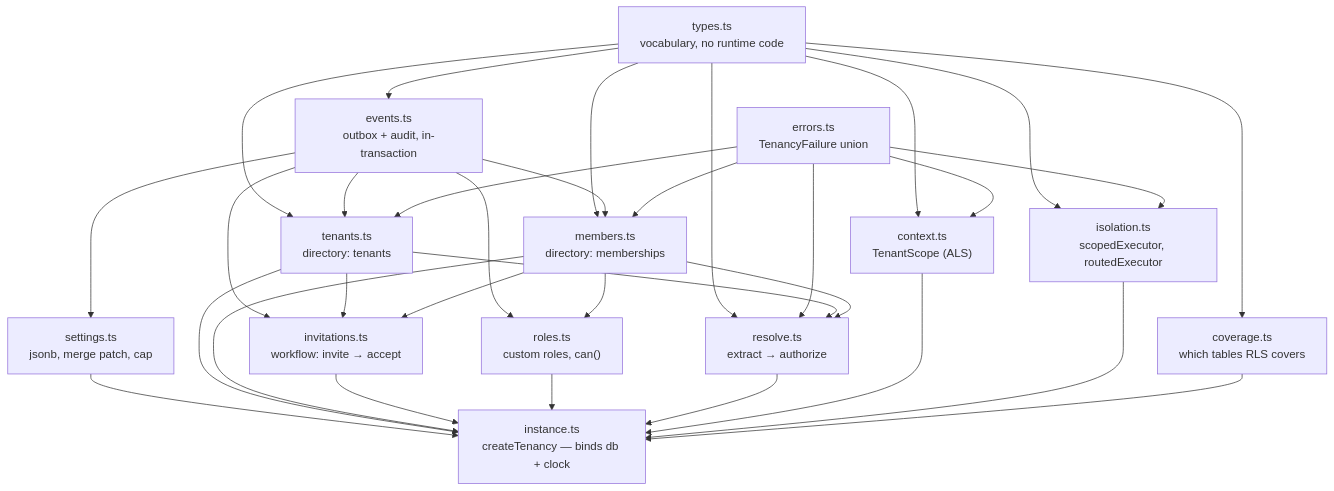
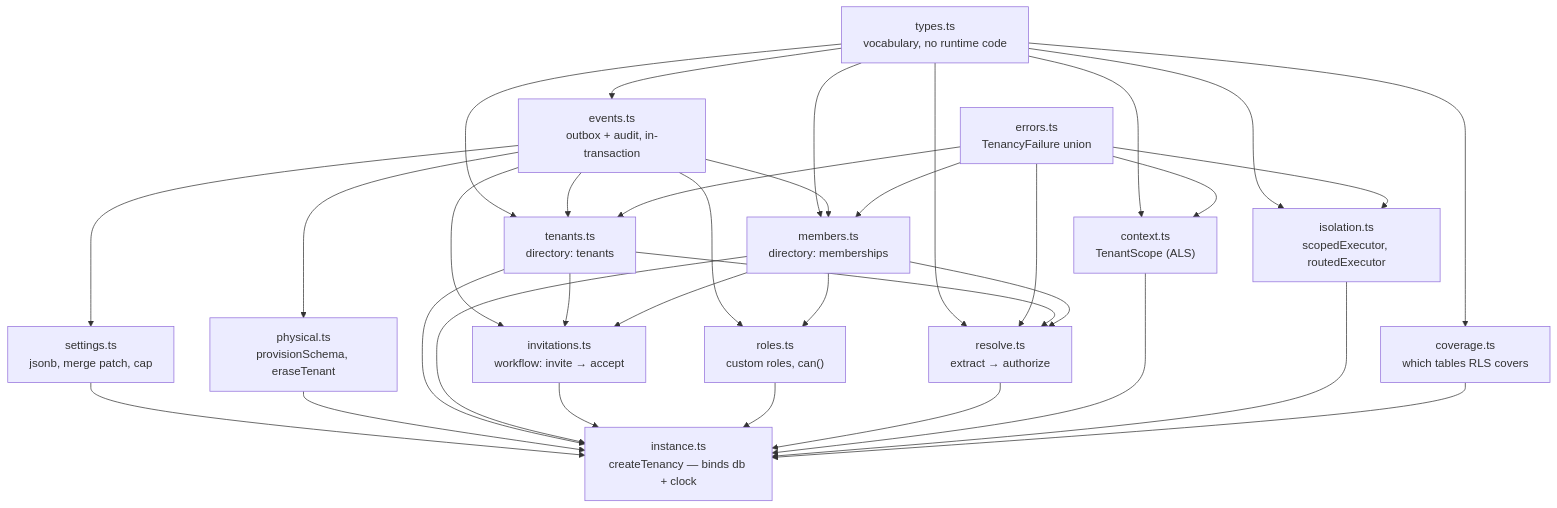
Before and after one commit to QuxKit/tenant-kit: the diagram in docs/ARCHITECTURE.md, drawn with Mermaid. The commit also changed 11 other files, not shown here.

First line of the commit message:
feat: physical isolation helpers — provisionSchema and eraseTenant

````diff
--- a/docs/ARCHITECTURE.md
+++ b/docs/ARCHITECTURE.md
@@ -9,26 +9,28 @@
 ```mermaid
 flowchart TD
     types["types.ts<br/>vocabulary, no runtime code"]
     errors["errors.ts<br/>TenancyFailure union"]
     tenants["tenants.ts<br/>directory: tenants"]
     members["members.ts<br/>directory: memberships"]
     invitations["invitations.ts<br/>workflow: invite → accept"]
     roles["roles.ts<br/>custom roles, can()"]
     resolve["resolve.ts<br/>extract → authorize"]
     context["context.ts<br/>TenantScope (ALS)"]
     isolation["isolation.ts<br/>scopedExecutor, routedExecutor"]
     coverage["coverage.ts<br/>which tables RLS covers"]
     events["events.ts<br/>outbox + audit, in-transaction"]
     settings["settings.ts<br/>jsonb, merge patch, cap"]
+    physical["physical.ts<br/>provisionSchema, eraseTenant"]
     instance["instance.ts<br/>createTenancy — binds db + clock"]
 
     types --> tenants & members & resolve & context & isolation & coverage & events
-    events --> tenants & members & invitations & roles & settings
+    events --> tenants & members & invitations & roles & settings & physical
     settings --> instance
+    physical --> instance
     errors --> tenants & members & resolve & context & isolation
     tenants --> resolve
     members --> resolve
     tenants & members --> invitations
     members --> roles
     tenants & members & invitations & roles & resolve & context & isolation & coverage --> instance
 ```
````
